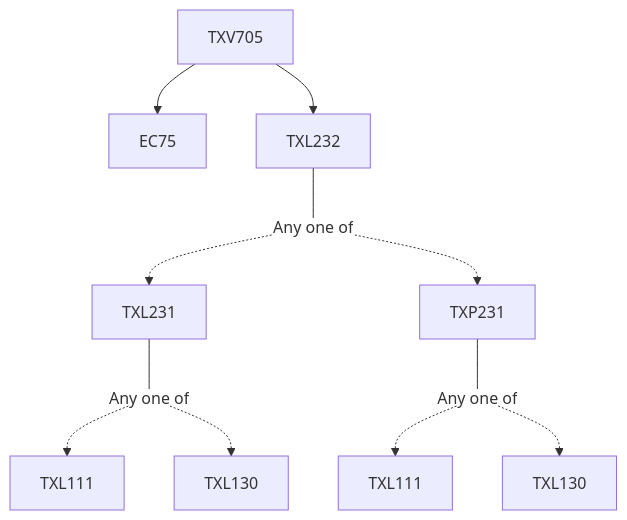
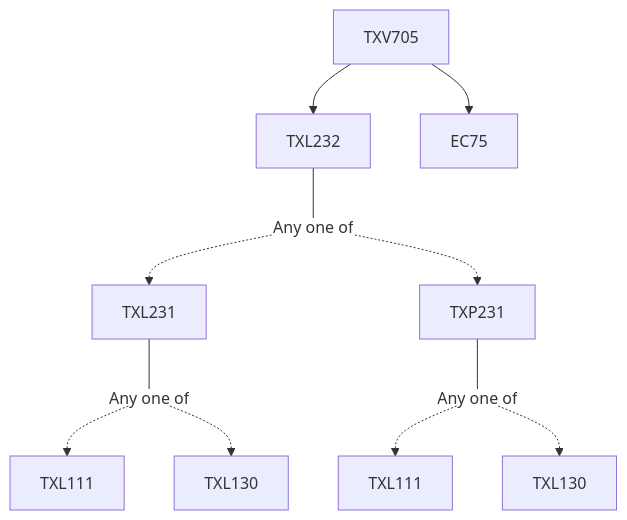
Before and after one commit to KeshavBansal0122/CoS_Website: the diagram in content/Textile and Fibre Engineering/TXV705.md, drawn with Mermaid. The commit also changed other lines of this file and 2667 other files, not shown here.

````diff
--- a/content/Textile and Fibre Engineering/TXV705.md
+++ b/content/Textile and Fibre Engineering/TXV705.md
@@ -15,18 +13,18 @@
 ```mermaid
 flowchart TD
-TXV705-476[TXV705]
-TXV705-476 --> EC75-476[EC75]
-TXV705-476 --> TXL232-476[TXL232]
-TXL232-476 --- Or477[Any one of]:::empty
-Or477 -.-> TXL231-478[TXL231]
-TXL231-478 --- Or479[Any one of]:::empty
-Or479 -.-> TXL111-480[TXL111]
-Or479 -.-> TXL130-481[TXL130]
-TXP231-482 --- Or483[Any one of]:::empty
-Or483 -.-> TXL111-484[TXL111]
-Or483 -.-> TXL130-485[TXL130]
-Or477 -.-> TXP231-482[TXP231]
+TXV705-873[TXV705]
+TXL232-873 --- Or874[Any one of]:::empty
+Or874 -.-> TXL231-875[TXL231]
+TXL231-875 --- Or876[Any one of]:::empty
+Or876 -.-> TXL111-877[TXL111]
+Or876 -.-> TXL130-878[TXL130]
+TXP231-879 --- Or880[Any one of]:::empty
+Or880 -.-> TXL111-881[TXL111]
+Or880 -.-> TXL130-882[TXL130]
+Or874 -.-> TXP231-879[TXP231]
+TXV705-873 --> TXL232-873[TXL232]
+TXV705-873 --> EC75-873[EC75]
 
 classDef empty height:17px, fill:transparent, stroke:transparent;
 classDef trueEmpty height:0px, width:0px;
 ```
````
